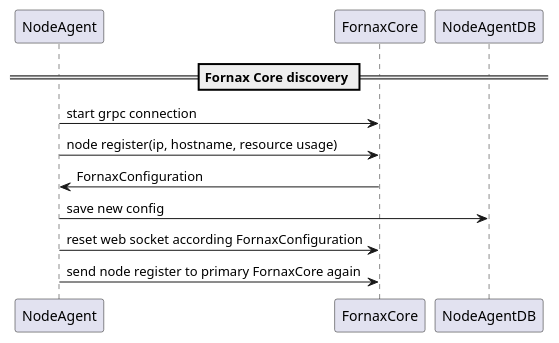
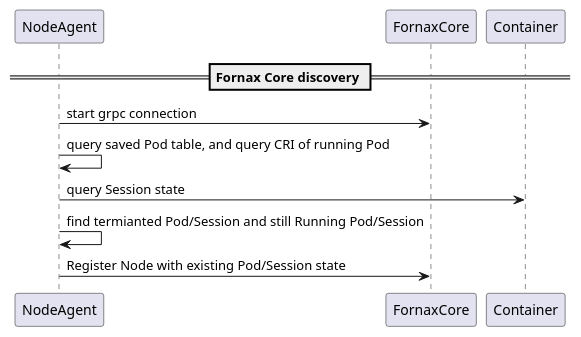
One commit to CentaurusInfra/fornax-serverless changed the first of 9 diagrams in doc/design/nodeagent.md. Above: the diagram before and after it, drawn with PlantUML. The commit also changed other lines of this file and 3 other files, not shown here.

Commit message:
add node revision design in node agent doc and remove not accurate information in architecture doc

````diff
--- a/doc/design/nodeagent.md
+++ b/doc/design/nodeagent.md
@@ -93,11 +93,10 @@
 ```puml
 @startuml
 == Fornax Core discovery ==
 NodeAgent -> FornaxCore: start grpc connection
-NodeAgent -> FornaxCore: node register(ip, hostname, resource usage)
-FornaxCore -> NodeAgent: FornaxConfiguration
-NodeAgent -> NodeAgentDB: save new config
-NodeAgent -> FornaxCore: reset web socket according FornaxConfiguration
-NodeAgent -> FornaxCore: send node register to primary FornaxCore again
+NodeAgent-> NodeAgent: query saved Pod table, and query CRI of running Pod
+NodeAgent-> Container: query Session state
+NodeAgent-> NodeAgent: find termianted Pod/Session and still Running Pod/Session
+NodeAgent-> FornaxCore: Register Node with existing Pod/Session state 
 @enduml
 ```
````
